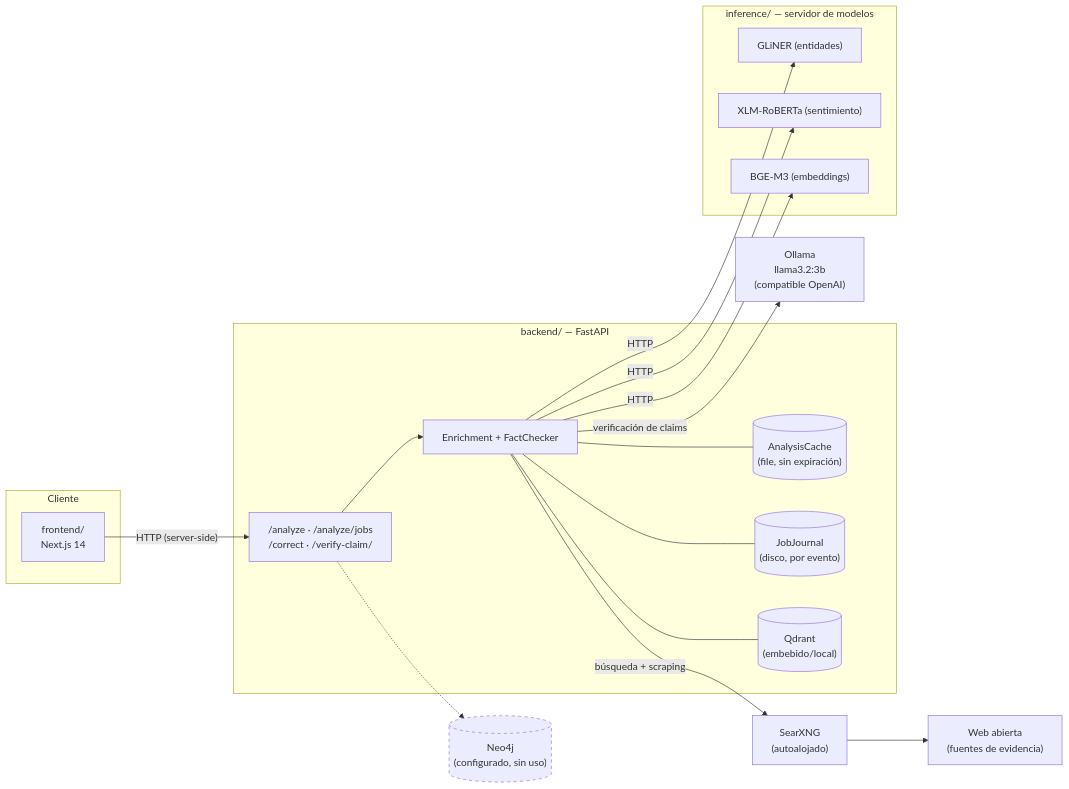
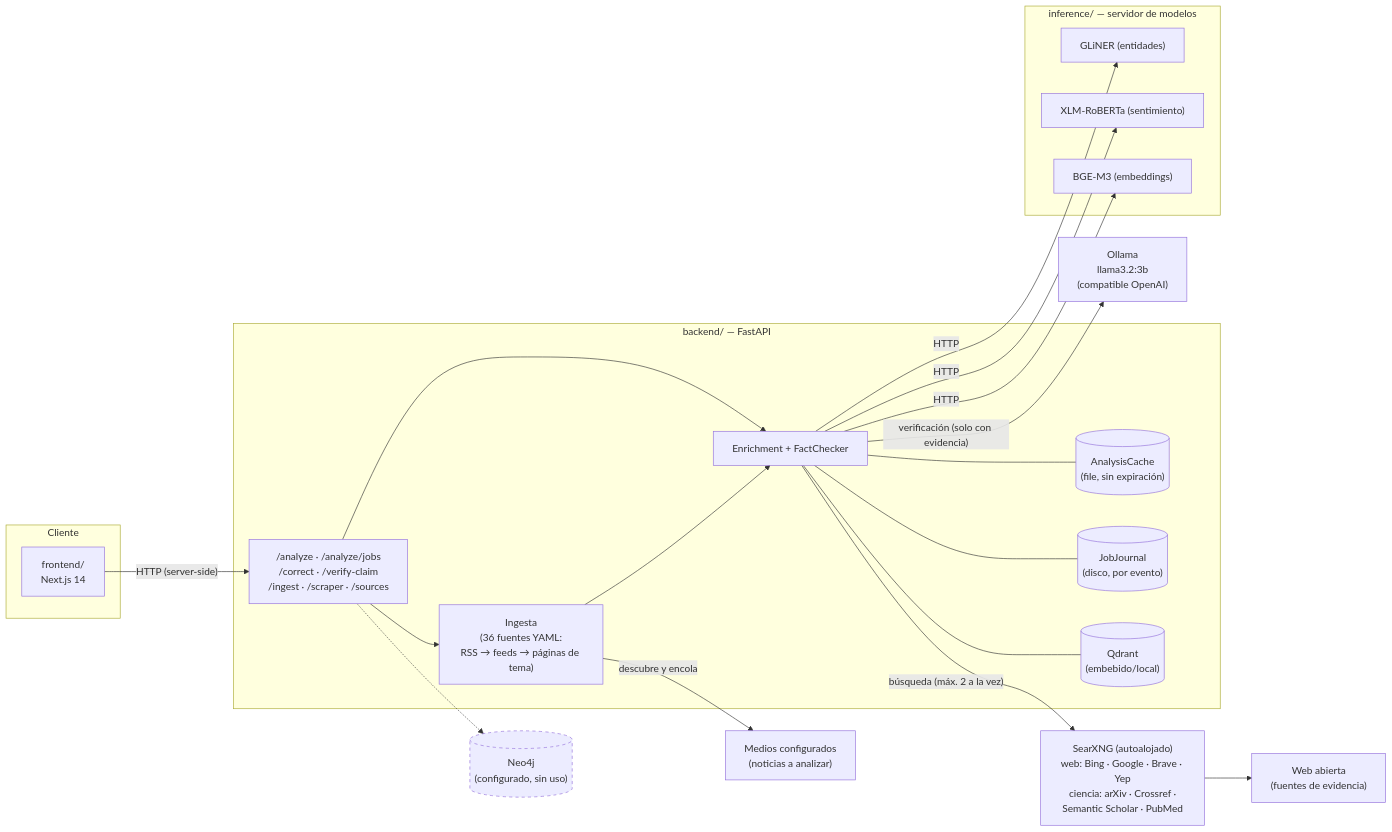
Before and after one commit to aespinoza-napp/inspiring-news: the first of 2 diagrams in docs/arquitectura-tecnica.md, drawn with Mermaid. The commit also changed other lines of this file and 1 other file, not shown here.

First line of the commit message:
Bring the roadmap and the architecture doc up to Sep 28

````diff
--- a/docs/arquitectura-tecnica.md
+++ b/docs/arquitectura-tecnica.md
@@ -44,40 +45,45 @@
 ```mermaid
 flowchart LR
     subgraph client["Cliente"]
         FE["frontend/\nNext.js 14"]
     end
 
     subgraph api["backend/ — FastAPI"]
-        API["/analyze · /analyze/jobs\n/correct · /verify-claim/"]
+        API["/analyze · /analyze/jobs\n/correct · /verify-claim\n/ingest · /scraper · /sources"]
+        ING["Ingesta\n(36 fuentes YAML:\nRSS → feeds → páginas de tema)"]
         PIPE["Enrichment + FactChecker"]
         CACHE[("AnalysisCache\n(file, sin expiración)")]
         JOURNAL[("JobJournal\n(disco, por evento)")]
         VDB[("Qdrant\n(embebido/local)")]
     end
 
     subgraph inf["inference/ — servidor de modelos"]
         GLINER["GLiNER (entidades)"]
         SENT["XLM-RoBERTa (sentimiento)"]
         EMB["BGE-M3 (embeddings)"]
     end
 
-    SEARX["SearXNG\n(autoalojado)"]
+    SEARX["SearXNG (autoalojado)\nweb: Bing · Google · Brave · Yep\nciencia: arXiv · Crossref ·\nSemantic Scholar · PubMed"]
     WEB["Web abierta\n(fuentes de evidencia)"]
+    NEWS["Medios configurados\n(noticias a analizar)"]
     LLM["Ollama\nllama3.2:3b\n(compatible OpenAI)"]
     NEO[("Neo4j\n(configurado, sin uso)")]
 
     FE -- "HTTP (server-side)" --> API
     API --> PIPE
+    API --> ING
+    ING -- "descubre y encola" --> NEWS
+    ING --> PIPE
     PIPE -- "HTTP" --> GLINER
     PIPE -- "HTTP" --> SENT
     PIPE -- "HTTP" --> EMB
-    PIPE -- "búsqueda + scraping" --> SEARX
+    PIPE -- "búsqueda (máx. 2 a la vez)" --> SEARX
     SEARX --> WEB
-    PIPE -- "verificación de claims" --> LLM
+    PIPE -- "verificación (solo con evidencia)" --> LLM
     PIPE --- CACHE
     PIPE --- JOURNAL
     PIPE --- VDB
     API -.-> NEO
 
     style NEO stroke-dasharray: 5 5
 ```
````
